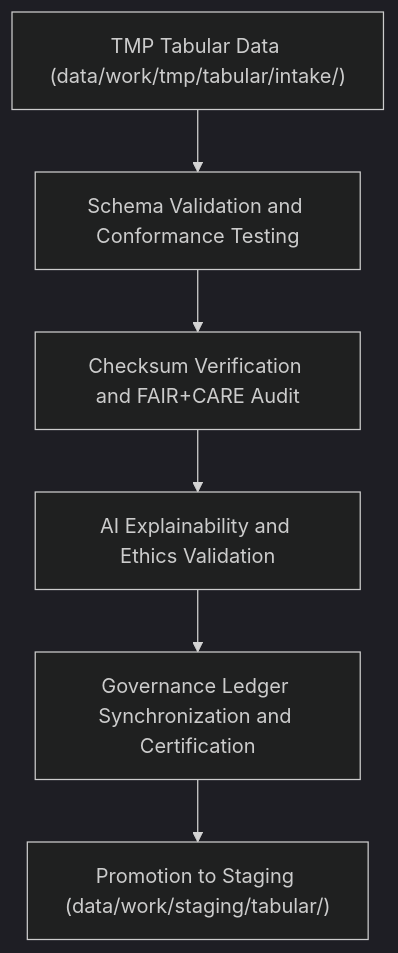
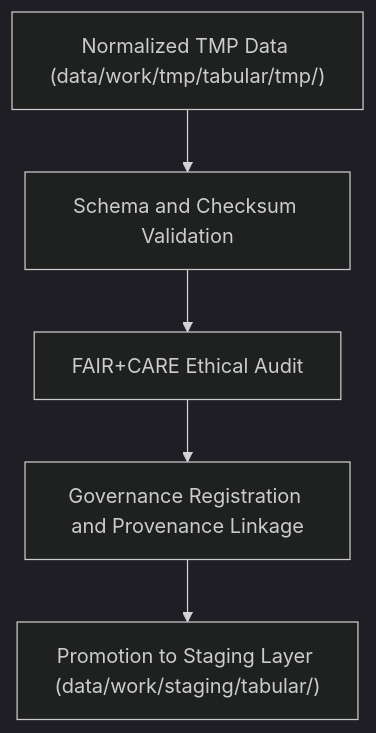
The diagram in data/work/tmp/tabular/validation/README.md (bartytime4life/Kansas-Frontier-Matrix), drawn with Mermaid (dark theme) before and after one commit. The commit also changed other lines of this file, not shown here.

````diff
--- a/data/work/tmp/tabular/validation/README.md
+++ b/data/work/tmp/tabular/validation/README.md
@@ -69,8 +65,7 @@
 ```mermaid
 flowchart TD
-    A["TMP Tabular Data (data/work/tmp/tabular/intake/)"] --> B["Schema Validation and Conformance Testing"]
-    B --> C["Checksum Verification and FAIR+CARE Audit"]
-    C --> D["AI Explainability and Ethics Validation"]
-    D --> E["Governance Ledger Synchronization and Certification"]
-    E --> F["Promotion to Staging (data/work/staging/tabular/)"]
+    A["Normalized TMP Data (data/work/tmp/tabular/tmp/)"] --> B["Schema and Checksum Validation"]
+    B --> C["FAIR+CARE Ethical Audit"]
+    C --> D["Governance Registration and Provenance Linkage"]
+    D --> E["Promotion to Staging Layer (data/work/staging/tabular/)"]
 ```
````
